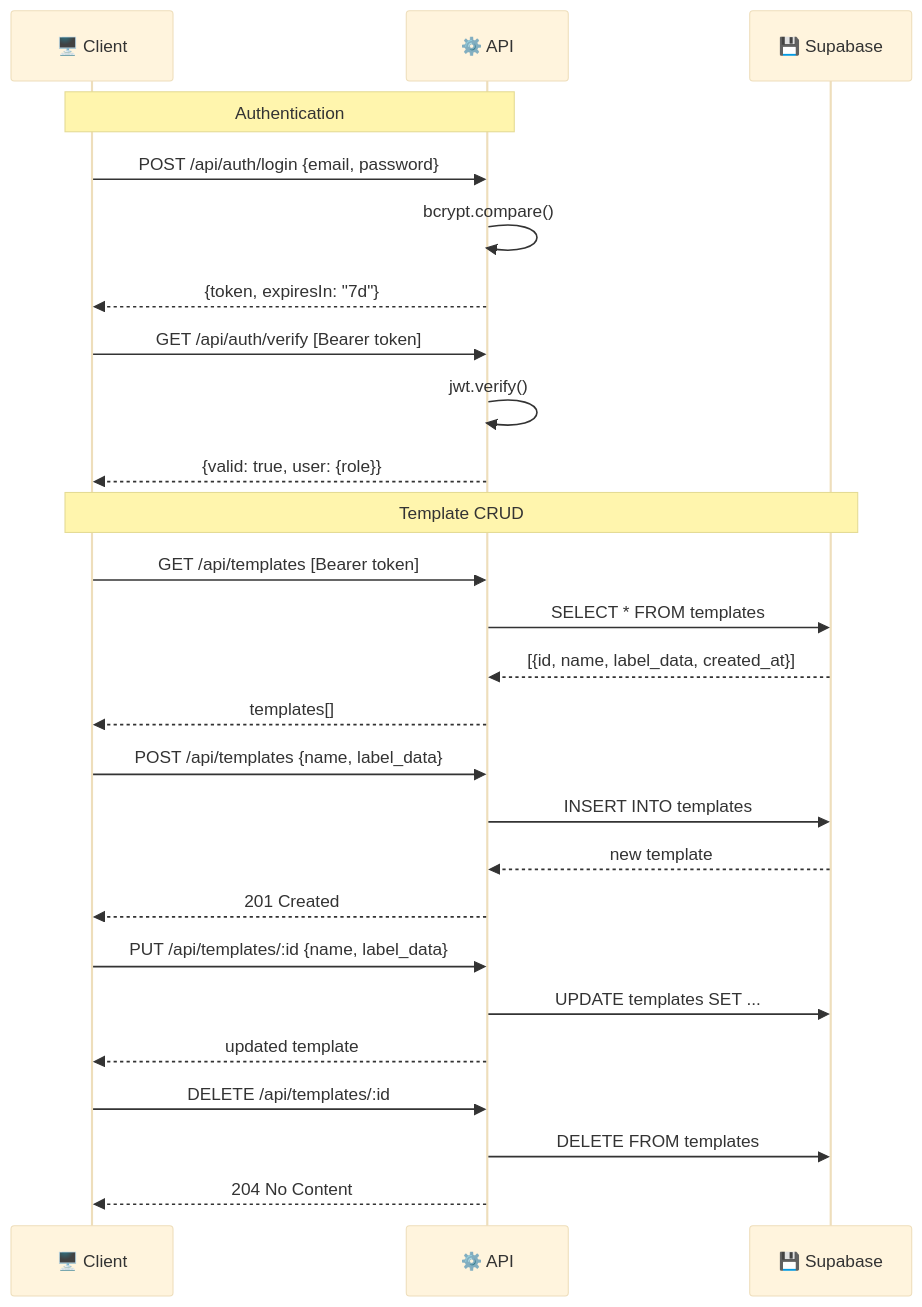
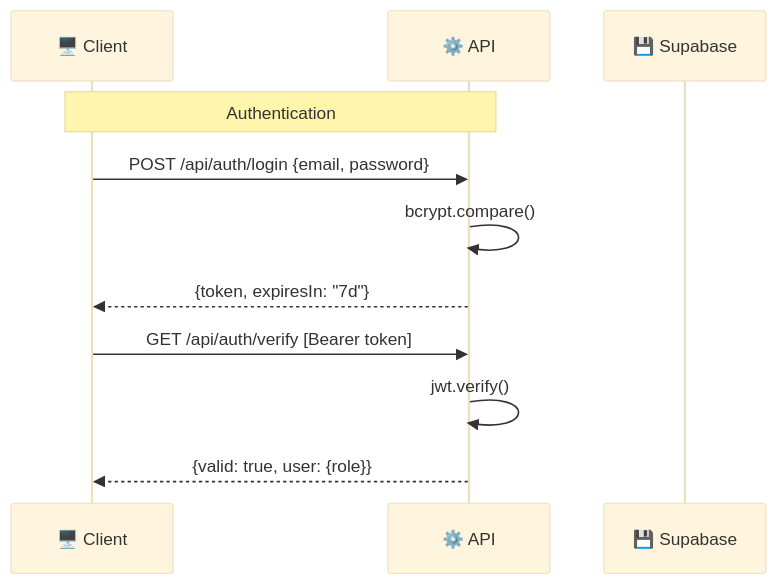
The fourth of 7 diagrams in README.md (NICK-FURY-6023/SAGLPS), drawn with Mermaid (base theme) before and after one commit. The commit also changed other lines of this file and 31 other files, not shown here.

````diff
--- a/README.md
+++ b/README.md
@@ -286,34 +394,15 @@
 ```mermaid
 sequenceDiagram
     participant C as 🖥️ Client
     participant A as ⚙️ API
     participant D as 💾 Supabase
 
     Note over C,A: Authentication
     C->>A: POST /api/auth/login {email, password}
     A->>A: bcrypt.compare()
     A-->>C: {token, expiresIn: "7d"}
 
     C->>A: GET /api/auth/verify [Bearer token]
     A->>A: jwt.verify()
     A-->>C: {valid: true, user: {role}}
-
-    Note over C,D: Template CRUD
-    C->>A: GET /api/templates [Bearer token]
-    A->>D: SELECT * FROM templates
-    D-->>A: [{id, name, label_data, created_at}]
-    A-->>C: templates[]
-
-    C->>A: POST /api/templates {name, label_data}
-    A->>D: INSERT INTO templates
-    D-->>A: new template
-    A-->>C: 201 Created
-
-    C->>A: PUT /api/templates/:id {name, label_data}
-    A->>D: UPDATE templates SET ...
-    A-->>C: updated template
-
-    C->>A: DELETE /api/templates/:id
-    A->>D: DELETE FROM templates
-    A-->>C: 204 No Content
 ```
````
